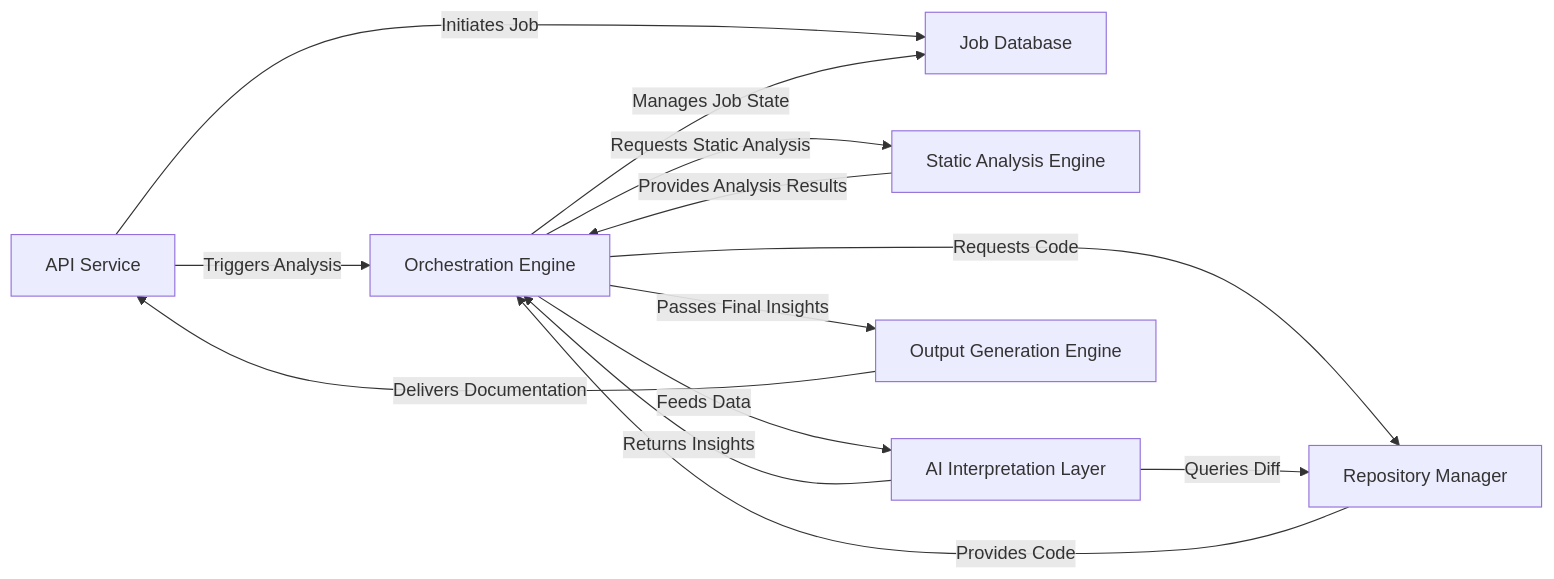
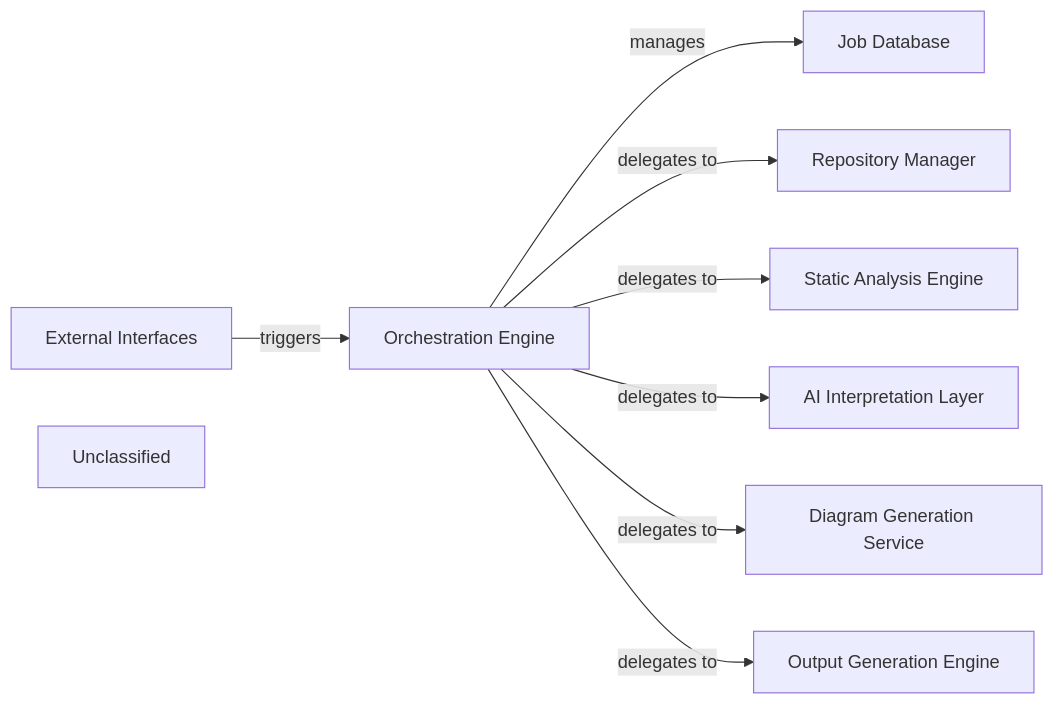
Before and after one commit to mariyam866/CodeBoarding: the third of 7 diagrams in docs/development/architecture.md, drawn with Mermaid. The commit also changed other lines of this file and 17 other files, not shown here.

First line of the commit message:
docs: update codeboarding documentation and generate architecture

````diff
--- a/docs/development/architecture.md
+++ b/docs/development/architecture.md
@@ -1,29 +120,25 @@
 ```mermaid
 graph LR
-    API_Service["API Service"]
+    Orchestration_Engine["Orchestration Engine"]
     Job_Database["Job Database"]
-    Orchestration_Engine["Orchestration Engine"]
+    External_Interfaces["External Interfaces"]
     Repository_Manager["Repository Manager"]
     Static_Analysis_Engine["Static Analysis Engine"]
     AI_Interpretation_Layer["AI Interpretation Layer"]
+    Diagram_Generation_Service["Diagram Generation Service"]
     Output_Generation_Engine["Output Generation Engine"]
-    API_Service -- "Initiates Job" --> Job_Database
-    API_Service -- "Triggers Analysis" --> Orchestration_Engine
-    Orchestration_Engine -- "Manages Job State" --> Job_Database
-    Orchestration_Engine -- "Requests Code" --> Repository_Manager
-    Repository_Manager -- "Provides Code" --> Orchestration_Engine
-    Orchestration_Engine -- "Requests Static Analysis" --> Static_Analysis_Engine
-    Static_Analysis_Engine -- "Provides Analysis Results" --> Orchestration_Engine
-    Orchestration_Engine -- "Feeds Data" --> AI_Interpretation_Layer
-    AI_Interpretation_Layer -- "Returns Insights" --> Orchestration_Engine
-    AI_Interpretation_Layer -- "Queries Diff" --> Repository_Manager
-    Orchestration_Engine -- "Passes Final Insights" --> Output_Generation_Engine
-    Output_Generation_Engine -- "Delivers Documentation" --> API_Service
-    click API_Service href "https://github.com/CodeBoarding/CodeBoarding/blob/main/.codeboarding/API_Service.md" "Details"
+    Unclassified["Unclassified"]
+    External_Interfaces -- "triggers" --> Orchestration_Engine
+    Orchestration_Engine -- "manages" --> Job_Database
+    Orchestration_Engine -- "delegates to" --> Repository_Manager
+    Orchestration_Engine -- "delegates to" --> Static_Analysis_Engine
+    Orchestration_Engine -- "delegates to" --> AI_Interpretation_Layer
+    Orchestration_Engine -- "delegates to" --> Diagram_Generation_Service
+    Orchestration_Engine -- "delegates to" --> Output_Generation_Engine
+    click Orchestration_Engine href "https://github.com/CodeBoarding/CodeBoarding/blob/main/.codeboarding/Orchestration_Engine.md" "Details"
     click Job_Database href "https://github.com/CodeBoarding/CodeBoarding/blob/main/.codeboarding/Job_Database.md" "Details"
-    click Orchestration_Engine href "https://github.com/CodeBoarding/CodeBoarding/blob/main/.codeboarding/Orchestration_Engine.md" "Details"
     click Repository_Manager href "https://github.com/CodeBoarding/CodeBoarding/blob/main/.codeboarding/Repository_Manager.md" "Details"
     click Static_Analysis_Engine href "https://github.com/CodeBoarding/CodeBoarding/blob/main/.codeboarding/Static_Analysis_Engine.md" "Details"
     click AI_Interpretation_Layer href "https://github.com/CodeBoarding/CodeBoarding/blob/main/.codeboarding/AI_Interpretation_Layer.md" "Details"
     click Output_Generation_Engine href "https://github.com/CodeBoarding/CodeBoarding/blob/main/.codeboarding/Output_Generation_Engine.md" "Details"
 ```
````
